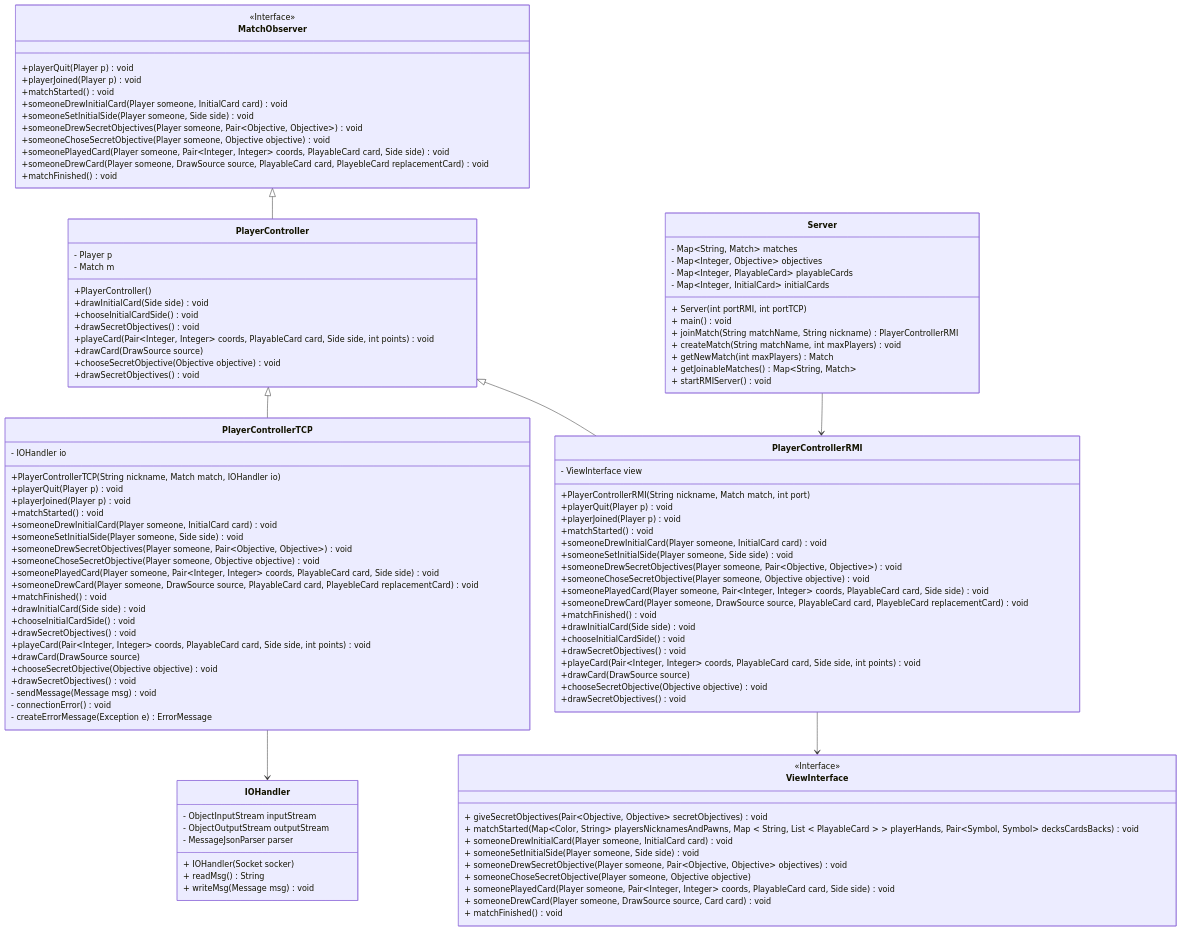
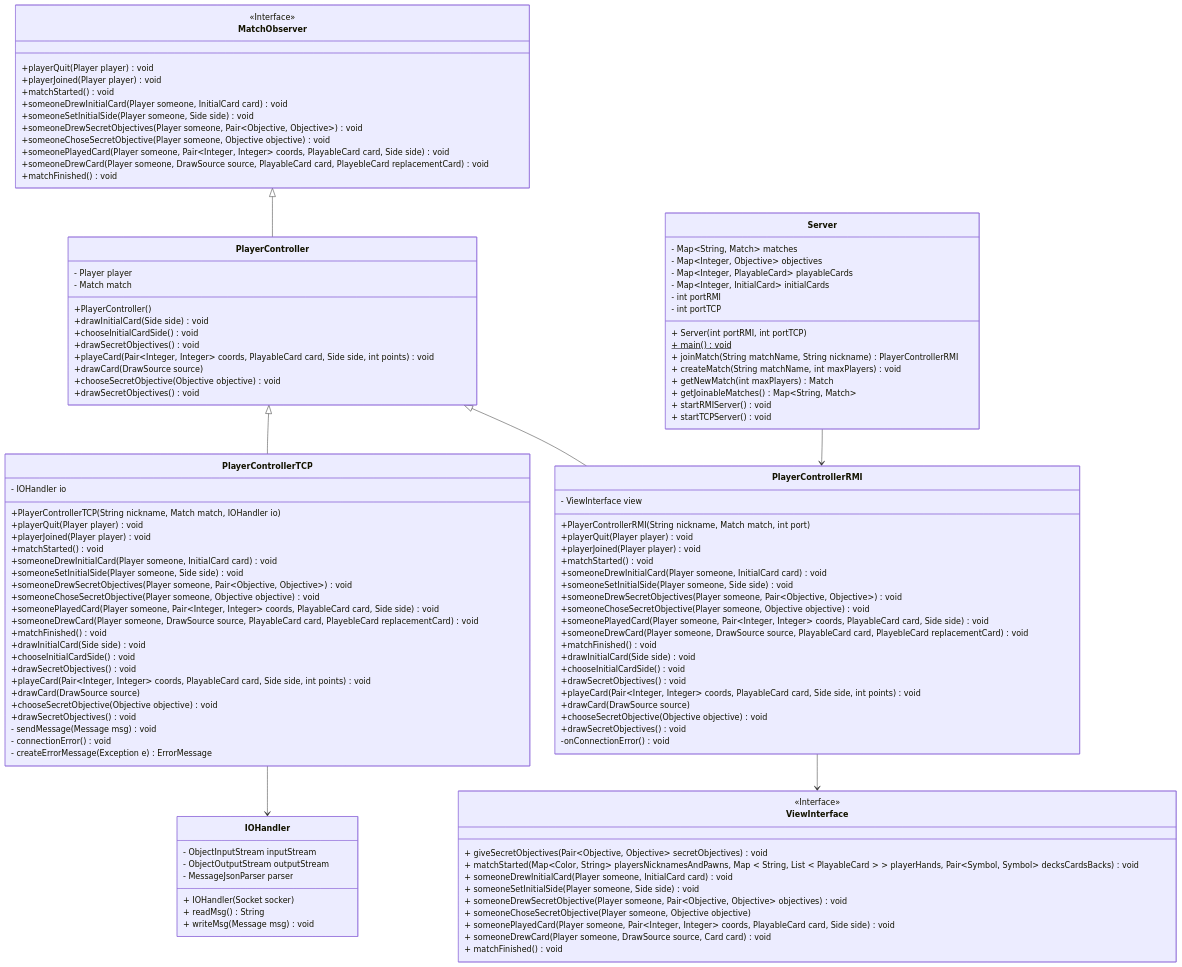
The diagram in deliveries/UML/server_diagram.mmd (grecodavide/IS24-AM08), drawn with Mermaid before and after one commit.

Commit message:
Add missing methods and minor changes to server_diagram

```diff
--- a/deliveries/UML/server_diagram.mmd
+++ b/deliveries/UML/server_diagram.mmd
@@ -1,112 +1,121 @@
 classDiagram
     MatchObserver <|-- PlayerController
     PlayerController <|-- PlayerControllerTCP
     PlayerController <|-- PlayerControllerRMI
     Server --> PlayerControllerRMI
     PlayerControllerTCP --> IOHandler
     PlayerControllerRMI --> ViewInterface
+    
     class MatchObserver{
         <<Interface>>
-      +playerQuit(Player p) void
-      +playerJoined(Player p) void
+      +playerQuit(Player player) void
+      +playerJoined(Player player) void
       +matchStarted() void
       +someoneDrewInitialCard(Player someone, InitialCard card) void
       +someoneSetInitialSide(Player someone, Side side) void
       +someoneDrewSecretObjectives(Player someone, Pair~Objective, Objective~) void
       +someoneChoseSecretObjective(Player someone, Objective objective) void
       +someonePlayedCard(Player someone, Pair~Integer, Integer~ coords, PlayableCard card, Side side) void
       +someoneDrewCard(Player someone, DrawSource source, PlayableCard card, PlayebleCard replacementCard) void
       +matchFinished() void
     }
+    
     class PlayerController{
-      - Player p
-      - Match m 
+      - Player player
+      - Match match
       +PlayerController()
       +drawInitialCard(Side side) void
       +chooseInitialCardSide() void
       +drawSecretObjectives() void
       +playeCard(Pair~Integer, Integer~ coords, PlayableCard card, Side side, int points) void
       +drawCard(DrawSource source)
       +chooseSecretObjective(Objective objective) void 
       +drawSecretObjectives() void
     }
+    
     class PlayerControllerTCP{
       - IOHandler io
-
-      +PlayerControllerTCP(String nickname, Match match, IOHandler io )
-      +playerQuit(Player p) void
-      +playerJoined(Player p) void
+      +PlayerControllerTCP(String nickname, Match match, IOHandler io)
+      +playerQuit(Player player) void
+      +playerJoined(Player player) void
       +matchStarted() void
       +someoneDrewInitialCard(Player someone, InitialCard card) void
       +someoneSetInitialSide(Player someone, Side side) void
       +someoneDrewSecretObjectives(Player someone, Pair~Objective, Objective~) void
       +someoneChoseSecretObjective(Player someone, Objective objective) void
       +someonePlayedCard(Player someone, Pair~Integer, Integer~ coords, PlayableCard card, Side side) void
       +someoneDrewCard(Player someone, DrawSource source, PlayableCard card, PlayebleCard replacementCard) void
       +matchFinished() void
       +drawInitialCard(Side side) void
       +chooseInitialCardSide() void
       +drawSecretObjectives() void
       +playeCard(Pair~Integer, Integer~ coords, PlayableCard card, Side side, int points) void
       +drawCard(DrawSource source)
       +chooseSecretObjective(Objective objective) void 
       +drawSecretObjectives() void
       - sendMessage(Message msg) void
       - connectionError() void
       - createErrorMessage(Exception e) ErrorMessage
     }
+    
     class PlayerControllerRMI {
       - ViewInterface view
       +PlayerControllerRMI(String nickname, Match match, int port)
-      +playerQuit(Player p) void
-      +playerJoined(Player p) void
+      +playerQuit(Player player) void
+      +playerJoined(Player player) void
       +matchStarted() void
       +someoneDrewInitialCard(Player someone, InitialCard card) void
       +someoneSetInitialSide(Player someone, Side side) void
       +someoneDrewSecretObjectives(Player someone, Pair~Objective, Objective~) void
       +someoneChoseSecretObjective(Player someone, Objective objective) void
       +someonePlayedCard(Player someone, Pair~Integer, Integer~ coords, PlayableCard card, Side side) void
       +someoneDrewCard(Player someone, DrawSource source, PlayableCard card, PlayebleCard replacementCard) void
       +matchFinished() void
       +drawInitialCard(Side side) void
       +chooseInitialCardSide() void
       +drawSecretObjectives() void
       +playeCard(Pair~Integer, Integer~ coords, PlayableCard card, Side side, int points) void
       +drawCard(DrawSource source)
       +chooseSecretObjective(Objective objective) void 
       +drawSecretObjectives() void
+      -onConnectionError() void
     }
+    
     class Server {
         - Map~String, Match~ matches
         - Map~Integer, Objective~  objectives
         - Map~Integer, PlayableCard~ playableCards
         - Map~Integer, InitialCard~ initialCards
+        - int portRMI
+        - int portTCP
         + Server(int portRMI, int portTCP)
-        + main() void
+        + main()$ void
         + joinMatch(String matchName, String nickname) PlayerControllerRMI
         + createMatch(String matchName, int maxPlayers) void
         + getNewMatch(int maxPlayers) Match
         + getJoinableMatches() Map~String, Match~
         + startRMIServer() void
+        + startTCPServer() void
     }
+    
     class IOHandler {
         - ObjectInputStream inputStream 
         - ObjectOutputStream outputStream
         - MessageJsonParser parser
         + IOHandler(Socket socker)
         + readMsg() String
         + writeMsg(Message msg) void
     }
-
+    
     class ViewInterface {
       <<Interface>>
       + giveSecretObjectives(Pair~Objective, Objective~ secretObjectives) void
       + matchStarted(Map~Color, String~ playersNicknamesAndPawns, Map &lt String, List &lt PlayableCard &gt &gt playerHands, Pair~Objective, Objective~ visibleObjectives, Map~DrawSource, PlayableCard~ visiblePlayableCards, Pair~Symbol, Symbol~ decksCardsBacks) void
       + someoneDrewInitialCard(Player someone, InitialCard card) void
       + someoneSetInitialSide(Player someone, Side side) void
       + someoneDrewSecretObjective(Player someone, Pair~Objective, Objective~ objectives) void
       + someoneChoseSecretObjective(Player someone, Objective objective)
       + someonePlayedCard(Player someone, Pair~Integer, Integer~ coords, PlayableCard card, Side side) void
       + someoneDrewCard(Player someone, DrawSource source, Card card) void
       + matchFinished() void
     }
```
